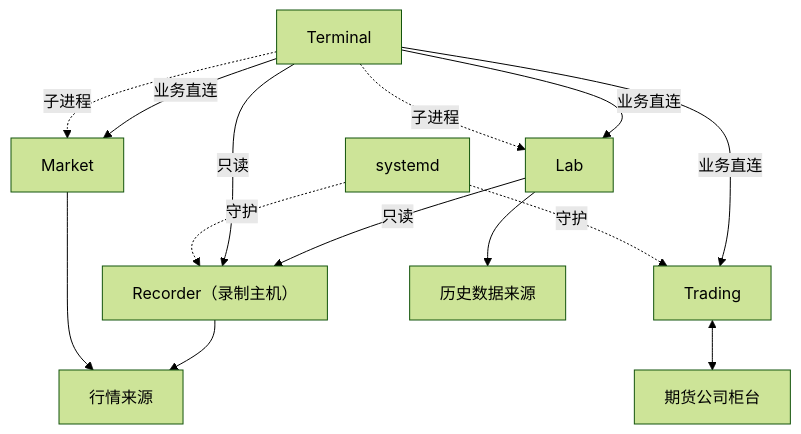
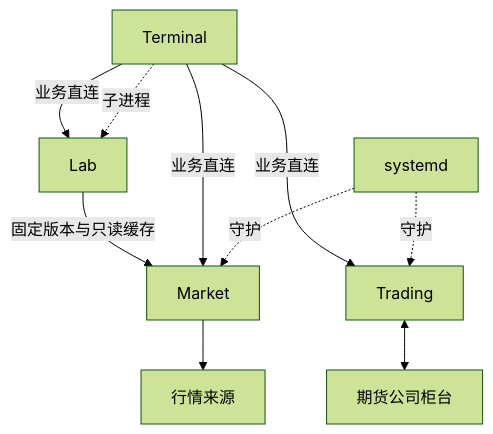
One commit to isqiwen/asterion-terminal changed the third of 3 diagrams in docs/architecture.md. Above: the diagram before and after it, drawn with Mermaid (forest theme). The commit also changed other lines of this file and 330 other files, not shown here.

````diff
--- a/docs/architecture.md
+++ b/docs/architecture.md
@@ -43,13 +133,9 @@
 ```mermaid
 flowchart TB
-  Terminal -.子进程.-> Market & Lab
-  OS[systemd] -.守护.-> Trading
+  Terminal -.子进程.-> Lab
+  OS[systemd] -.守护.-> Market & Trading
   Terminal -->|业务直连| Market & Lab & Trading
   Market --> Provider[行情来源]
-  OS -.守护.-> Recorder[Recorder（录制主机）]
-  Recorder --> Provider
-  Terminal -->|只读| Recorder
-  Lab --> Provider2[历史数据来源]
-  Lab -->|只读| Recorder
+  Lab -->|固定版本与只读缓存| Market
   Trading <--> Broker[期货公司柜台]
 ```
````
